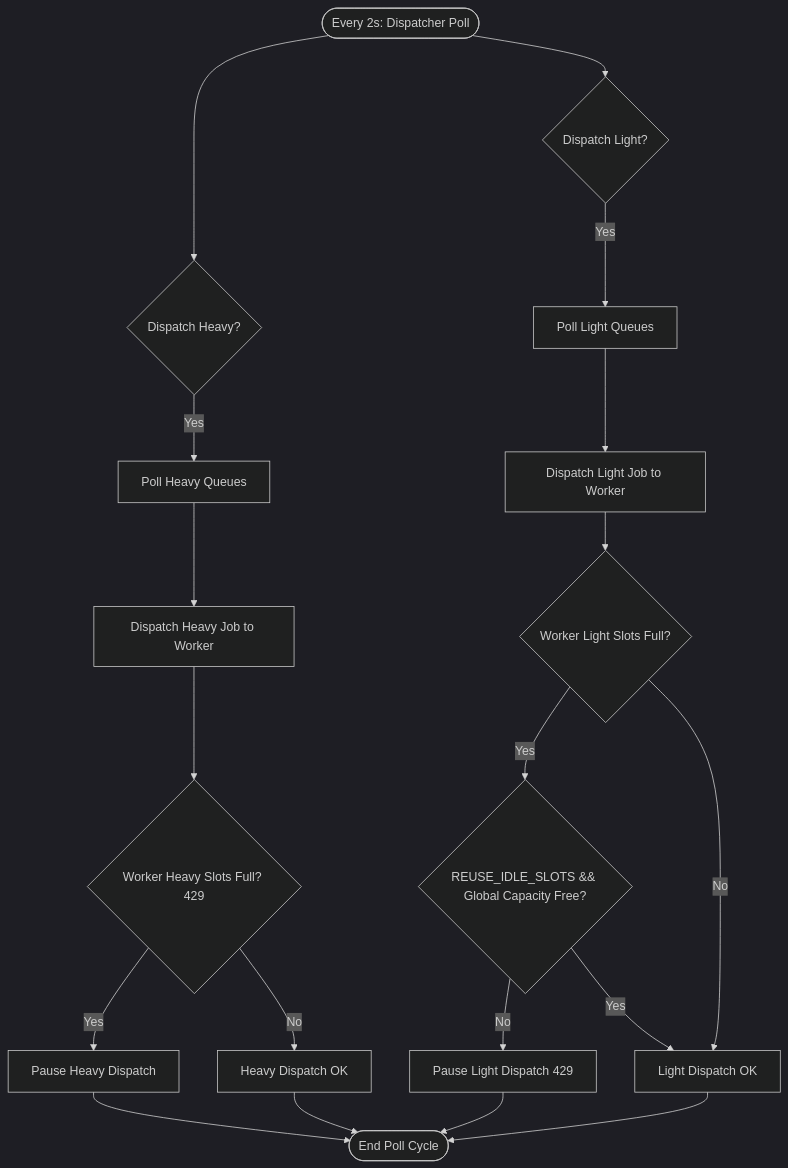
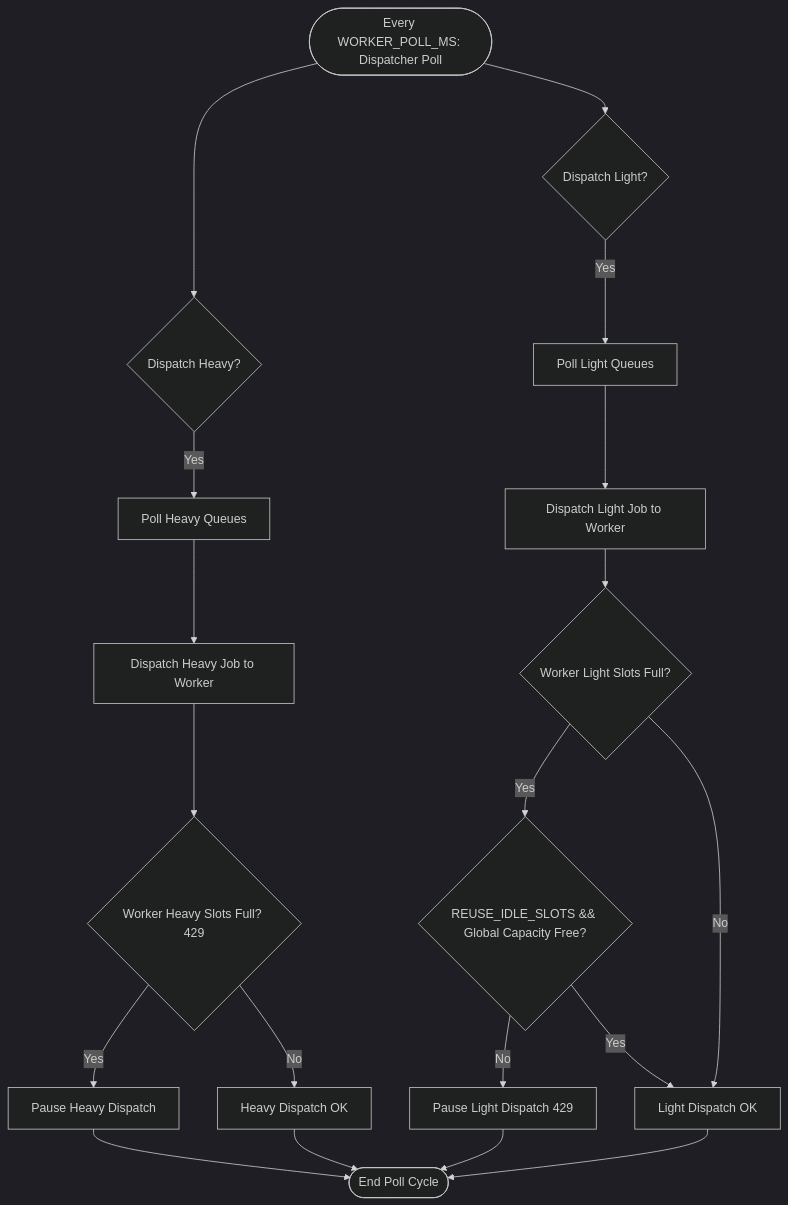
Before and after one commit to sagniKdas53/manga-tl: the diagram in docs/slot_allocation.md, drawn with Mermaid (dark theme). The commit also changed other lines of this file and 6 other files, not shown here.

Commit message:
perf: restore worker poll interval to 2s to reduce pipeline idle latency

````diff
--- a/docs/slot_allocation.md
+++ b/docs/slot_allocation.md
@@ -60,23 +61,23 @@
 ```mermaid
 graph TD
-    Start([Every 2s: Dispatcher Poll]) --> DispatchHeavy{Dispatch Heavy?}
+    Start([Every WORKER_POLL_MS: Dispatcher Poll]) --> DispatchHeavy{Dispatch Heavy?}
     DispatchHeavy -->|Yes| PollHeavy[Poll Heavy Queues]
     PollHeavy --> SendHeavy[Dispatch Heavy Job to Worker]
     SendHeavy --> WorkerHeavyCheck{Worker Heavy Slots Full? 429}
     WorkerHeavyCheck -->|Yes| BlockHeavy[Pause Heavy Dispatch]
     WorkerHeavyCheck -->|No| SuccessHeavy[Heavy Dispatch OK]
 
     Start --> DispatchLight{Dispatch Light?}
     DispatchLight -->|Yes| PollLight[Poll Light Queues]
     PollLight --> SendLight[Dispatch Light Job to Worker]
     SendLight --> WorkerLightCheck{Worker Light Slots Full?}
     WorkerLightCheck -->|Yes| OverflowCheck{REUSE_IDLE_SLOTS && Global Capacity Free?}
     OverflowCheck -->|Yes| SuccessLight[Accept as Overflow]
     OverflowCheck -->|No| BlockLight[Pause Light Dispatch 429]
     WorkerLightCheck -->|No| SuccessLight[Light Dispatch OK]
 
     BlockHeavy --> End([End Poll Cycle])
     SuccessHeavy --> End
     BlockLight --> End
     SuccessLight --> End
 ```
````
